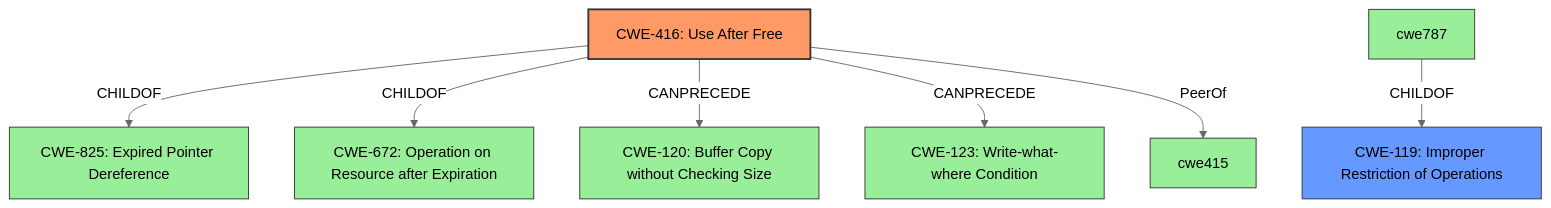
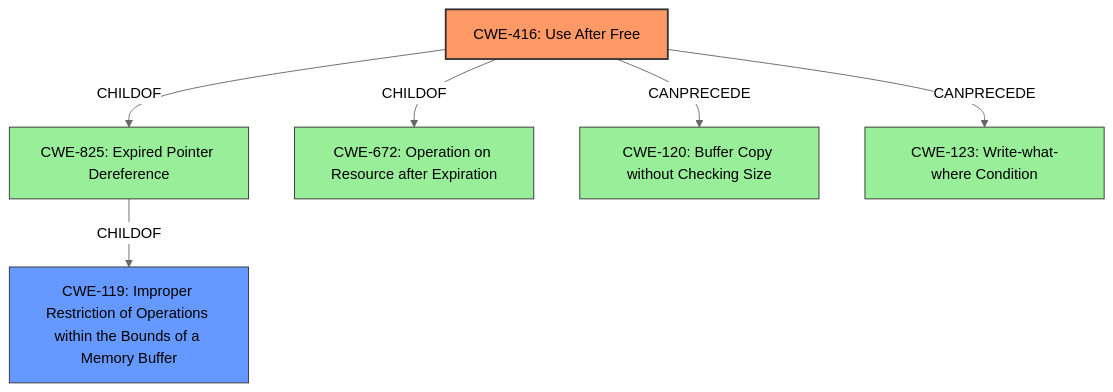
One commit to CyberSecAI/cwe_agent_assign_reports_2023 changed the diagram in CVE-2021-30761/CVE-2021-30761_analysis.md. Above: the diagram before and after it, drawn with Mermaid (neutral theme). The commit also changed other lines of this file and 902 other files, not shown here.

````diff
--- a/CVE-2021-30761/CVE-2021-30761_analysis.md
+++ b/CVE-2021-30761/CVE-2021-30761_analysis.md
@@ -17,23 +17,22 @@
 ```mermaid
 graph TD
     cwe416["CWE-416: Use After Free"]
     cwe825["CWE-825: Expired Pointer Dereference"]
     cwe672["CWE-672: Operation on Resource after Expiration"]
     cwe120["CWE-120: Buffer Copy without Checking Size"]
     cwe123["CWE-123: Write-what-where Condition"]
-    cwe119["CWE-119: Improper Restriction of Operations"]
-
+    cwe119["CWE-119: Improper Restriction of Operations within the Bounds of a Memory Buffer"]
+    
     cwe416 -->|CHILDOF| cwe825
     cwe416 -->|CHILDOF| cwe672
     cwe416 -->|CANPRECEDE| cwe120
     cwe416 -->|CANPRECEDE| cwe123
-    cwe416 -->|PeerOf| cwe415
-    cwe787 -->|CHILDOF| cwe119
+    cwe825 -->|CHILDOF| cwe119
 
     classDef primary fill:#f96,stroke:#333,stroke-width:2px
     classDef secondary fill:#69f,stroke:#333
     classDef tertiary fill:#9e9,stroke:#333
     class cwe416 primary
     class cwe119 secondary
-    class cwe825,cwe672,cwe120,cwe123,cwe415,cwe787 tertiary
+    class cwe825,cwe672,cwe120,cwe123 tertiary
 ```
````
